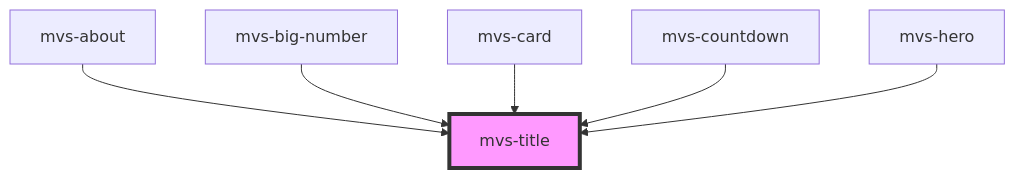
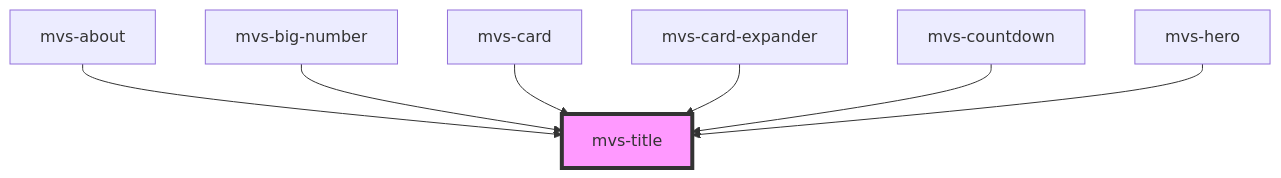
The diagram in src/components/typography/mvs-title/readme.md (rafaela-vairo/mvs-design-system), drawn with Mermaid before and after one commit. The commit also changed other lines of this file and 20 other files, not shown here.

````diff
--- a/src/components/typography/mvs-title/readme.md
+++ b/src/components/typography/mvs-title/readme.md
@@ -27,9 +28,10 @@
 ```mermaid
 graph TD;
   mvs-about --> mvs-title
   mvs-big-number --> mvs-title
   mvs-card --> mvs-title
+  mvs-card-expander --> mvs-title
   mvs-countdown --> mvs-title
   mvs-hero --> mvs-title
   style mvs-title fill:#f9f,stroke:#333,stroke-width:4px
 ```
````
